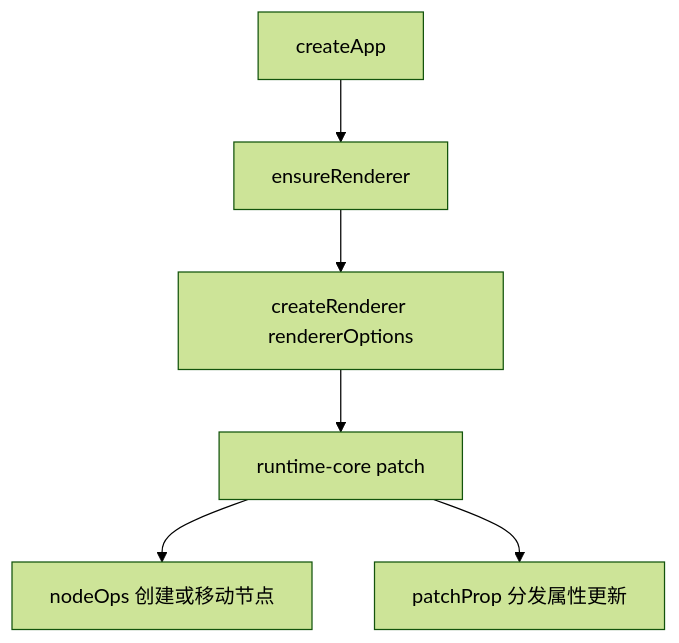
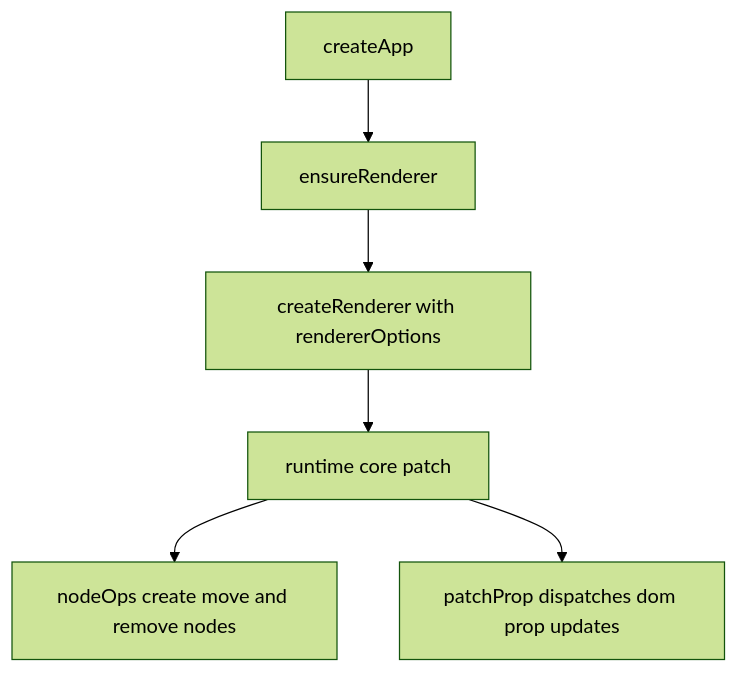
Before and after one commit to Tajigaqzh/front_basic: the diagram in docs/vue/source/runtime-dom/runtime-dom-overview.md, drawn with Mermaid (forest theme). The commit also changed 11 other files, not shown here.

````diff
--- a/docs/vue/source/runtime-dom/runtime-dom-overview.md
+++ b/docs/vue/source/runtime-dom/runtime-dom-overview.md
@@ -136,8 +136,8 @@
 ```mermaid
 flowchart TD
     A["createApp"] --> B["ensureRenderer"]
-    B --> C["createRenderer rendererOptions"]
-    C --> D["runtime-core patch"]
-    D --> E["nodeOps 创建或移动节点"]
-    D --> F["patchProp 分发属性更新"]
+    B --> C["createRenderer with rendererOptions"]
+    C --> D["runtime core patch"]
+    D --> E["nodeOps create move and remove nodes"]
+    D --> F["patchProp dispatches dom prop updates"]
 ```
````
